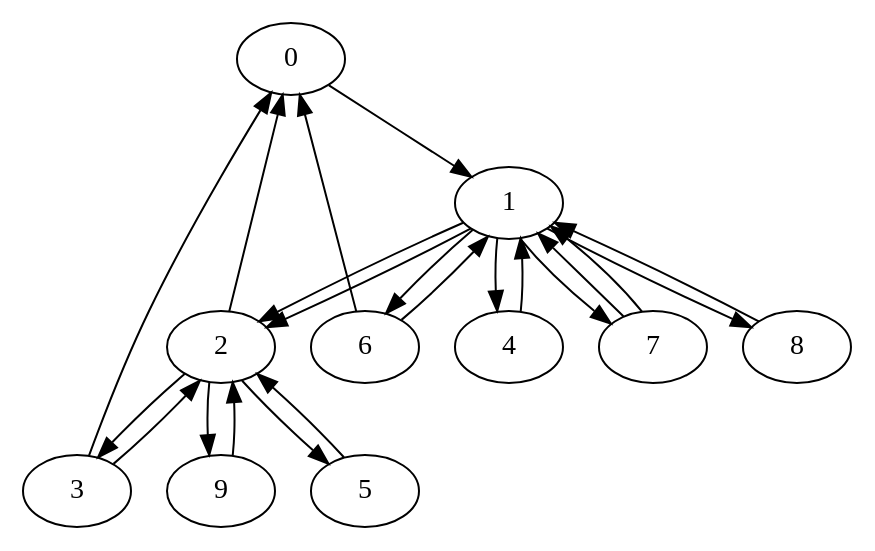
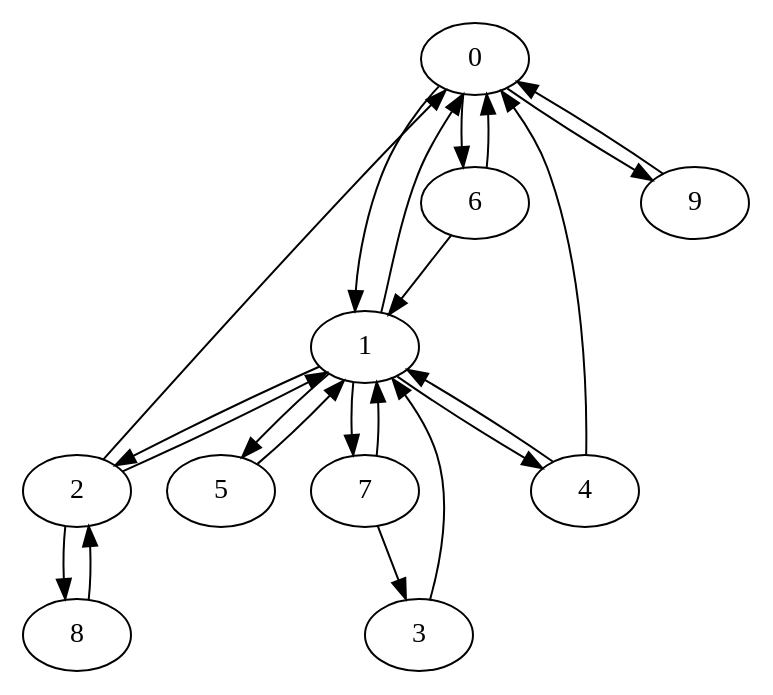
One commit to HennyJie/CS570-DataMining changed the diagram in hw4/dot_file/graph2.dot. Above: the diagram before and after it, drawn with Graphviz. The commit also changed 9 other files, not shown here.

Commit message:
generated graphs

```diff
--- a/hw4/dot_file/graph2.dot
+++ b/hw4/dot_file/graph2.dot
@@ -1,23 +1,23 @@
-digraph "" {
-	0 -> 1
-	1 -> 2
-	1 -> 2
-	1 -> 4
-	1 -> 6
-	1 -> 7
-	1 -> 8
-	2 -> 0
-	2 -> 3
-	2 -> 5
-	2 -> 9
-	3 -> 0
-	3 -> 2
-	4 -> 1
-	5 -> 2
-	6 -> 0
-	6 -> 1
-	7 -> 1
-	7 -> 1
-	8 -> 1
-	9 -> 2
+digraph {
+0 -> 1 
+0 -> 6 
+0 -> 9 
+1 -> 0 
+1 -> 2 
+1 -> 4 
+1 -> 5 
+1 -> 7 
+2 -> 0 
+2 -> 1 
+2 -> 8 
+3 -> 1 
+4 -> 0 
+4 -> 1 
+5 -> 1 
+6 -> 0 
+6 -> 1 
+7 -> 1 
+7 -> 3 
+8 -> 2 
+9 -> 0 
 }
```
